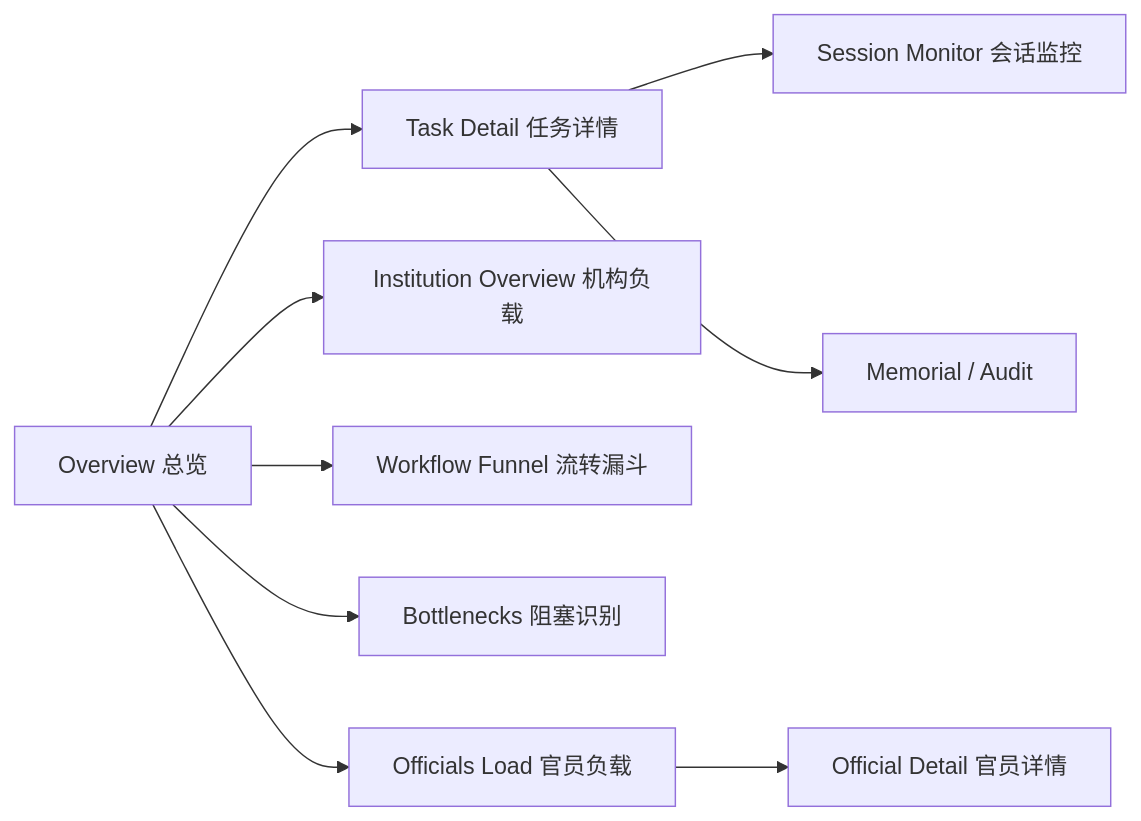
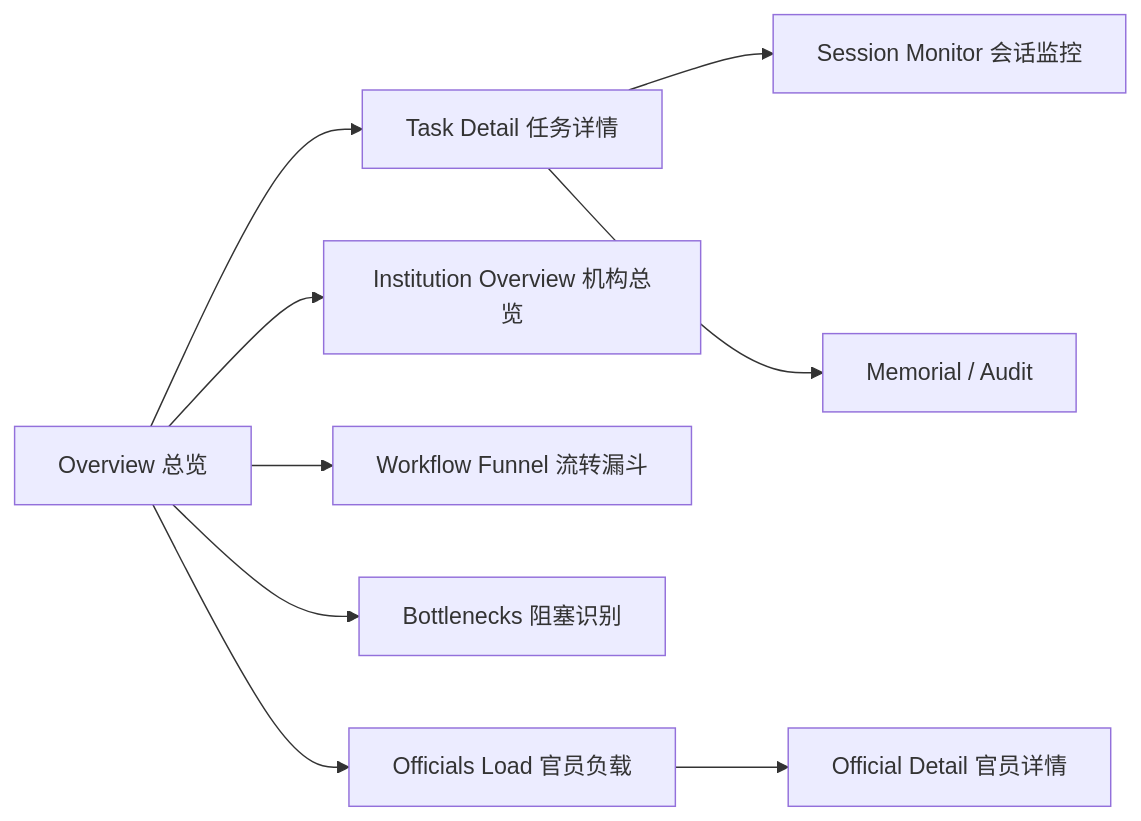
Before and after one commit to ShellMonster/OpenCode-Imperial: the second of 3 diagrams in README.md, drawn with Mermaid. The commit also changed other lines of this file, not shown here.

````diff
--- a/README.md
+++ b/README.md
@@ -105,11 +102,11 @@
 ```mermaid
 graph LR
     A["Overview 总览"] --> B["Task Detail 任务详情"]
-    A --> C["Institution Overview 机构负载"]
+    A --> C["Institution Overview 机构总览"]
     A --> D["Workflow Funnel 流转漏斗"]
     A --> E["Bottlenecks 阻塞识别"]
     A --> F["Officials Load 官员负载"]
     F --> G["Official Detail 官员详情"]
     B --> H["Session Monitor 会话监控"]
     B --> I["Memorial / Audit"]
 ```
````
